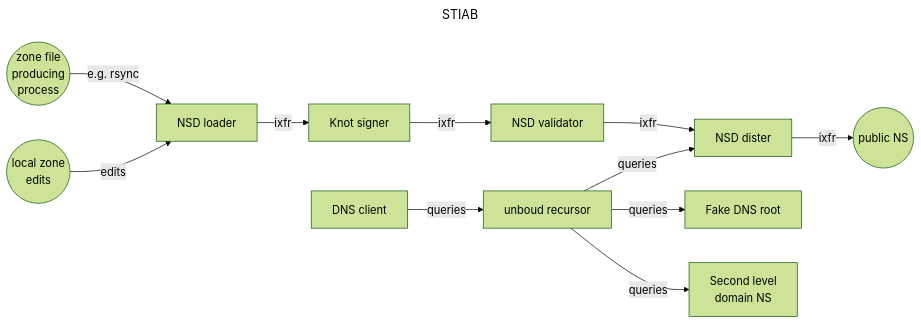
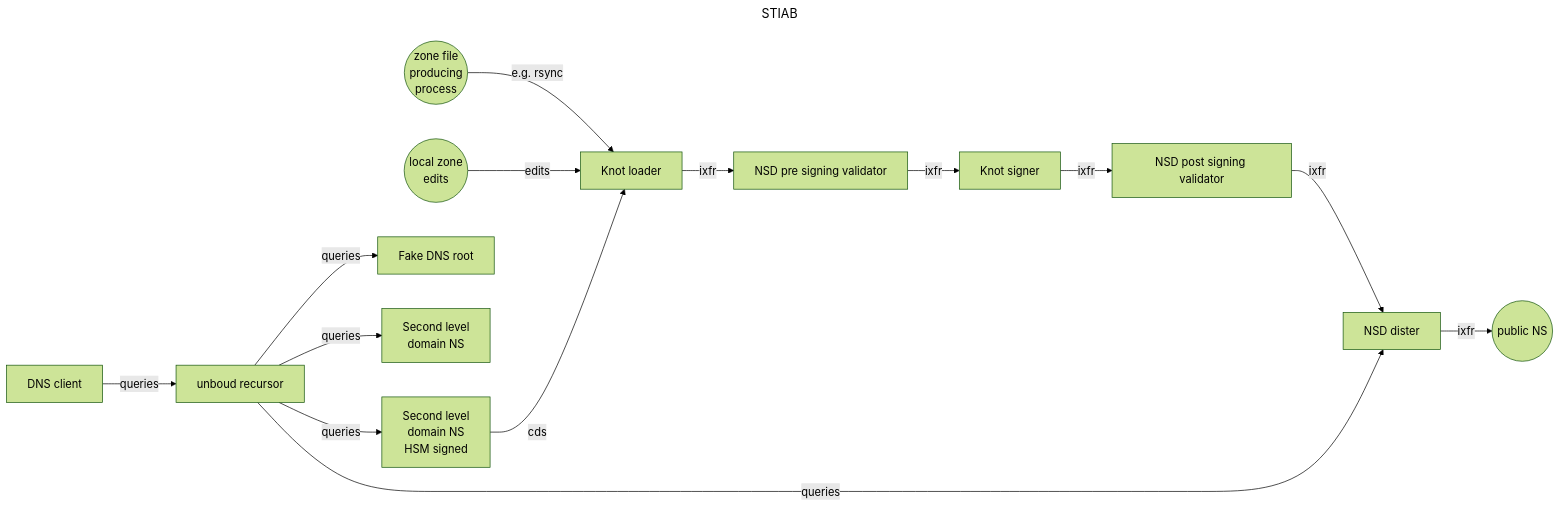
Before and after one commit to niek-sidn/stiab: the diagram in README.md, drawn with Mermaid (forest theme). The commit also changed other lines of this file and 19 other files, not shown here.

First line of the commit message:
Add pre-sign-validator and switch zoneloader to Knot

````diff
--- a/README.md
+++ b/README.md
@@ -67,23 +71,28 @@
 ```mermaid
 ---
 title: STIAB
 ---
 graph LR
 Z(("`zone file 
 producing 
 process`")) --> |e.g. rsync| A
 Y(("`local zone
 edits`")) --> |edits| A
-A[NSD loader] --> |ixfr| B
+A[Knot loader] --> |ixfr| J
+J[NSD pre signing validator] --> |ixfr| B
 B[Knot signer] --> |ixfr| C
-C[NSD validator] --> |ixfr| D
+C[NSD post signing validator] --> |ixfr| D
 D[NSD dister] --> |ixfr| E
 E((public NS))
 F[unboud recursor] --> |queries| D
 F --> |queries| H
 F --> |queries| I
+F --> |queries| K
 G[DNS client] --> |queries| F
 H[Fake DNS root]
 I["`Second level 
 domain NS`"]
+K["`Second level 
+domain NS
+HSM signed`"] --> |cds| A
 ```
````
